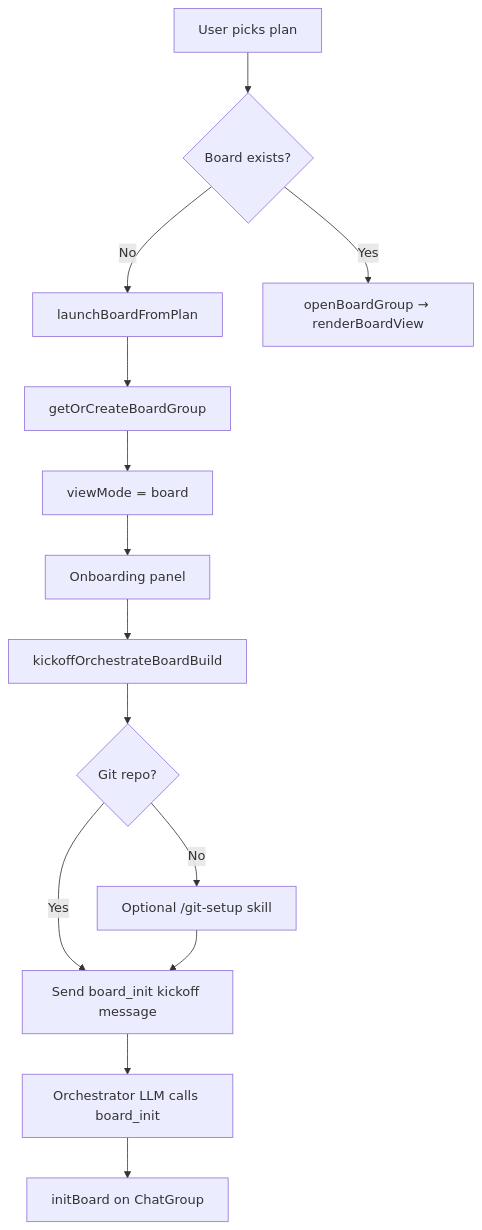
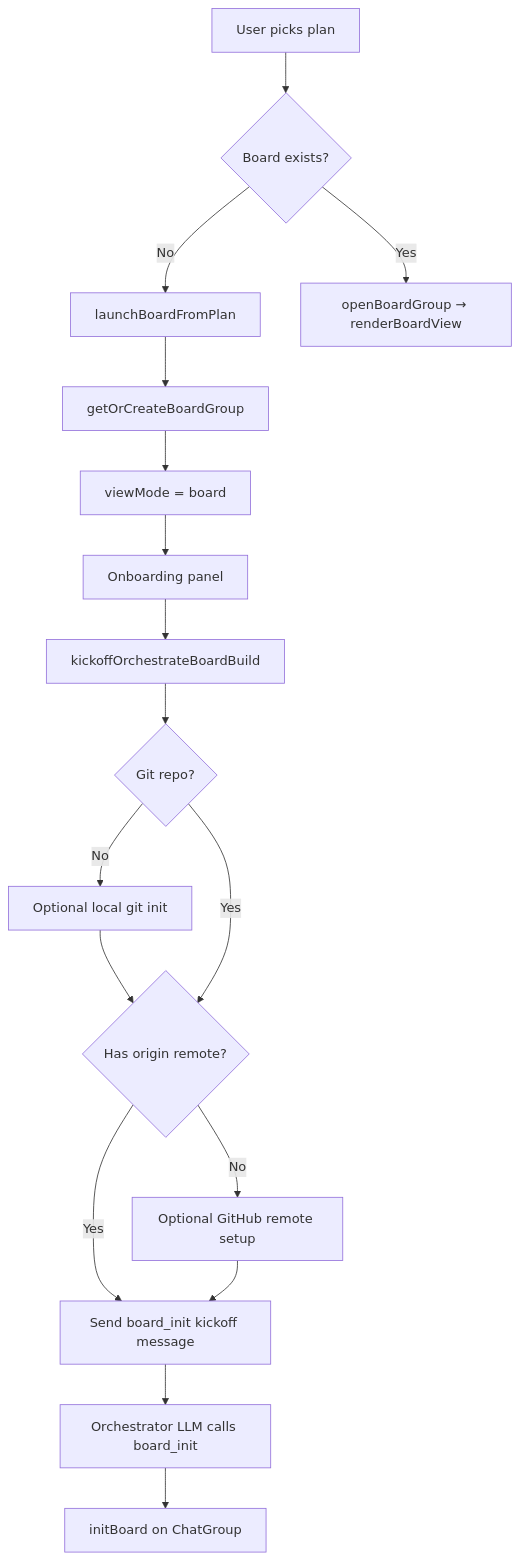
One commit to DukkyGames/Minnow changed the first of 5 diagrams in documentation/plans/orchestrate-board-architecture.md. Above: the diagram before and after it, drawn with Mermaid. The commit also changed 9 other files, not shown here.

First line of the commit message:
Enhance orchestrate board onboarding and git setup process

````diff
--- a/documentation/plans/orchestrate-board-architecture.md
+++ b/documentation/plans/orchestrate-board-architecture.md
@@ -142,16 +142,19 @@
 ```mermaid
 flowchart TD
   A[User picks plan] --> B{Board exists?}
   B -->|No| C[launchBoardFromPlan]
   C --> D[getOrCreateBoardGroup]
   D --> E[viewMode = board]
   E --> F[Onboarding panel]
   F --> G[kickoffOrchestrateBoardBuild]
   G --> H{Git repo?}
-  H -->|No| I[Optional /git-setup skill]
-  H -->|Yes| J[Send board_init kickoff message]
-  I --> J
+  H -->|No| I[Optional local git init]
+  I --> I2{Has origin remote?}
+  H -->|Yes| I2
+  I2 -->|No| R[Optional GitHub remote setup]
+  I2 -->|Yes| J[Send board_init kickoff message]
+  R --> J
   J --> K[Orchestrator LLM calls board_init]
   K --> L[initBoard on ChatGroup]
   B -->|Yes| M[openBoardGroup → renderBoardView]
 ```
````
